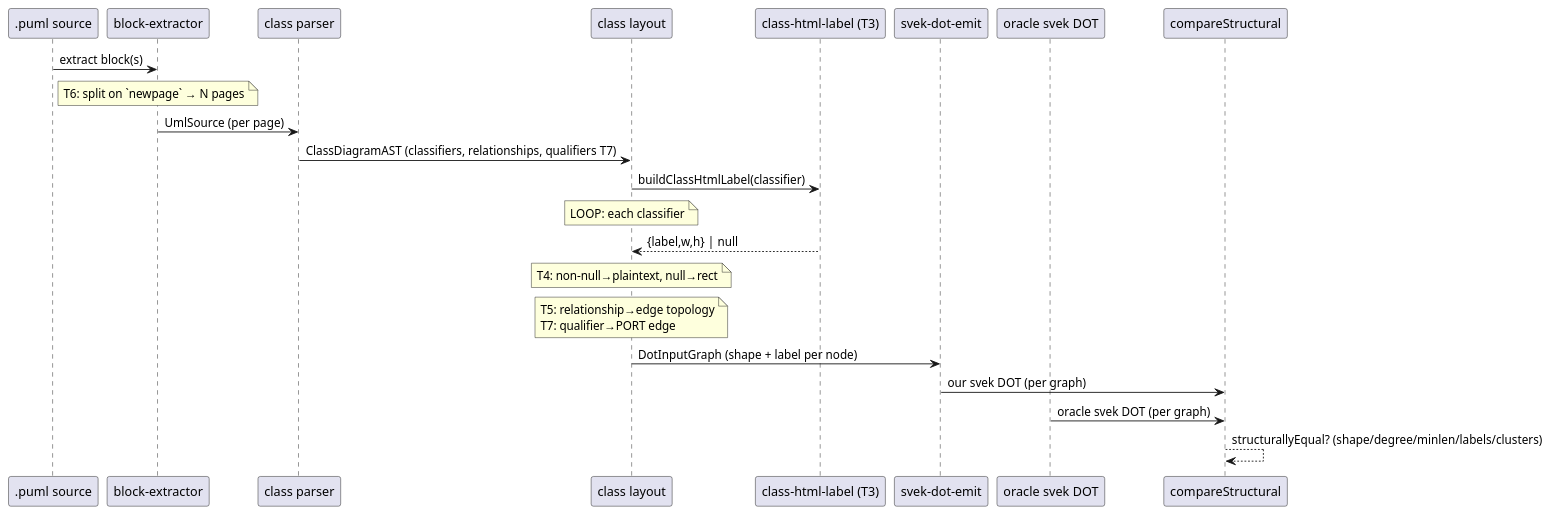
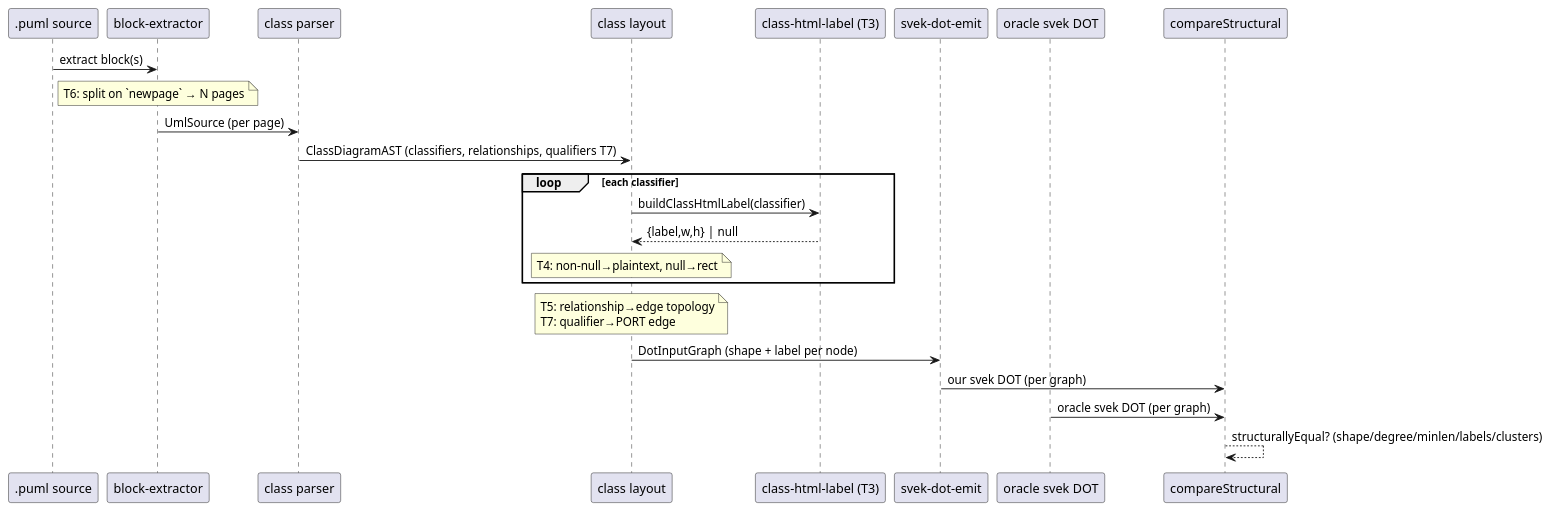
The diagram in planning/mission-a2-class/diagrams/data-flow.md (knowvah/plantuml-ts), drawn with PlantUML before and after one commit. The commit also changed 13 other files, not shown here.

First line of the commit message:
docs: restore real alt/else/loop grouping in the converted diagrams

````diff
--- a/planning/mission-a2-class/diagrams/data-flow.md
+++ b/planning/mission-a2-class/diagrams/data-flow.md
@@ -3,28 +3,26 @@
 ```plantuml
 @startuml
-' NOTE: mermaid grouping flattened -- alt/opt/loop/group render the whole
-' diagram EMPTY in plantuml-ts today (.agent-notes/plantuml-sequence-group-empty.md).
-' Original nesting: loop each classifier
 participant ".puml source" as Src
 participant "block-extractor" as BE
 participant "class parser" as P
 participant "class layout" as L
 participant "class-html-label (T3)" as H
 participant "svek-dot-emit" as E
 participant "oracle svek DOT" as O
 participant "compareStructural" as C
 Src -> BE : extract block(s)
 note over BE : T6: split on `newpage` → N pages
 BE -> P : UmlSource (per page)
 P -> L : ClassDiagramAST (classifiers, relationships, qualifiers T7)
-L -> H : buildClassHtmlLabel(classifier)
-note over L : LOOP: each classifier
-H --> L : {label,w,h} | null
+loop each classifier
+  L -> H : buildClassHtmlLabel(classifier)
+  H --> L : {label,w,h} | null
 note over L : T4: non-null→plaintext, null→rect
+end
 note over L : T5: relationship→edge topology\nT7: qualifier→PORT edge
 L -> E : DotInputGraph (shape + label per node)
 E -> C : our svek DOT (per graph)
 O -> C : oracle svek DOT (per graph)
 C --> C : structurallyEqual? (shape/degree/minlen/labels/clusters)
 @enduml
 ```
````
